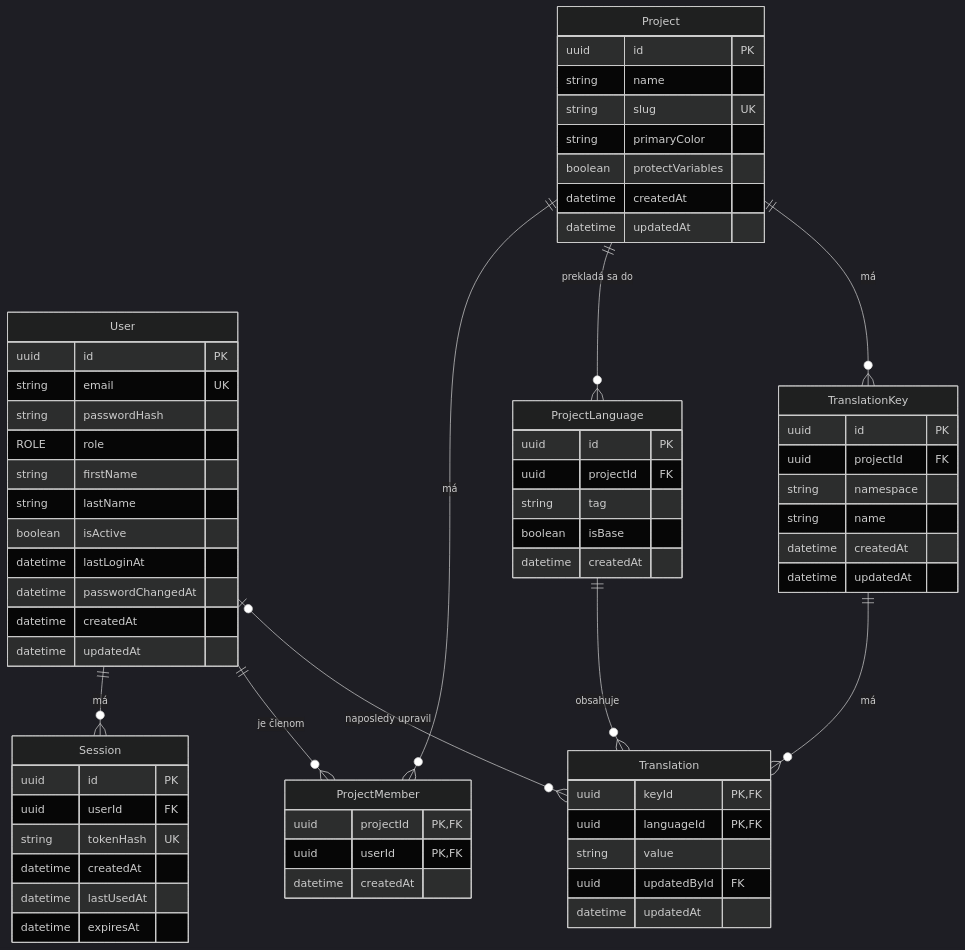
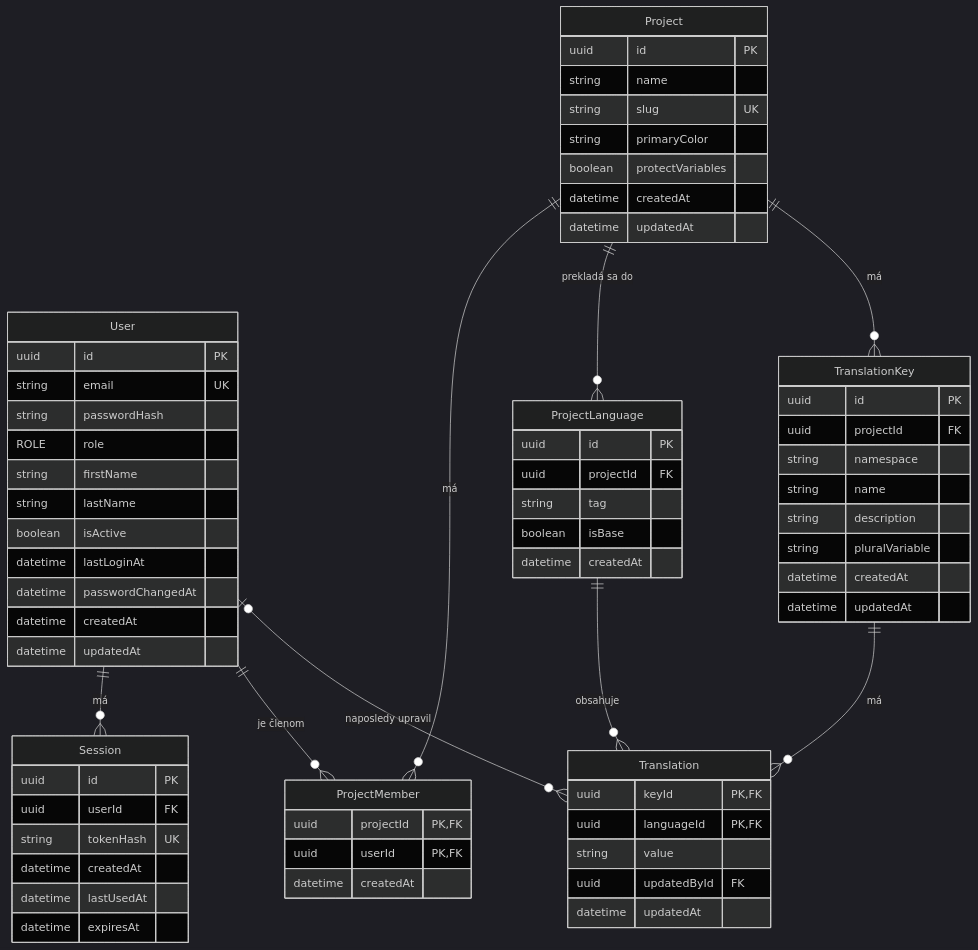
Before and after one commit to michal-bella/Locale-Admin: the diagram in docs/database.md, drawn with Mermaid (dark theme). The commit also changed other lines of this file and 11 other files, not shown here.

First line of the commit message:
feat(backend): edit translation keys with description and plural forms

````diff
--- a/docs/database.md
+++ b/docs/database.md
@@ -131,68 +135,70 @@
 ```mermaid
 erDiagram
     User ||--o{ Session : "má"
     User ||--o{ ProjectMember : "je členom"
     Project ||--o{ ProjectMember : "má"
     Project ||--o{ ProjectLanguage : "prekladá sa do"
     Project ||--o{ TranslationKey : "má"
     TranslationKey ||--o{ Translation : "má"
     ProjectLanguage ||--o{ Translation : "obsahuje"
     User |o--o{ Translation : "naposledy upravil"
     User {
         uuid id PK
         string email UK
         string passwordHash
         ROLE role
         string firstName
         string lastName
         boolean isActive
         datetime lastLoginAt
         datetime passwordChangedAt
         datetime createdAt
         datetime updatedAt
     }
     Session {
         uuid id PK
         uuid userId FK
         string tokenHash UK
         datetime createdAt
         datetime lastUsedAt
         datetime expiresAt
     }
     ProjectLanguage {
         uuid id PK
         uuid projectId FK
         string tag
         boolean isBase
         datetime createdAt
     }
     Project {
         uuid id PK
         string name
         string slug UK
         string primaryColor
         boolean protectVariables
         datetime createdAt
         datetime updatedAt
     }
     ProjectMember {
         uuid projectId PK, FK
         uuid userId PK, FK
         datetime createdAt
     }
     TranslationKey {
         uuid id PK
         uuid projectId FK
         string namespace
         string name
+        string description
+        string pluralVariable
         datetime createdAt
         datetime updatedAt
     }
     Translation {
         uuid keyId PK, FK
         uuid languageId PK, FK
         string value
         uuid updatedById FK
         datetime updatedAt
     }
 ```
````
